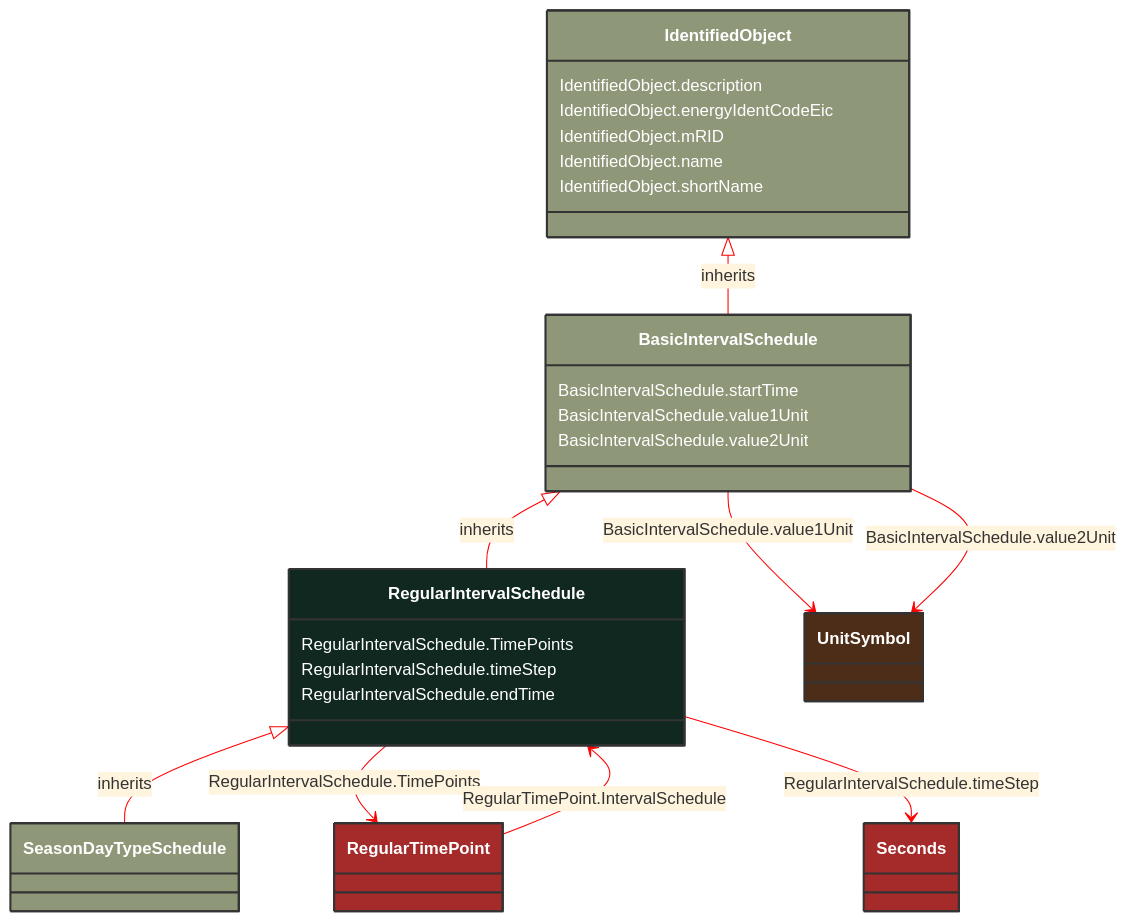
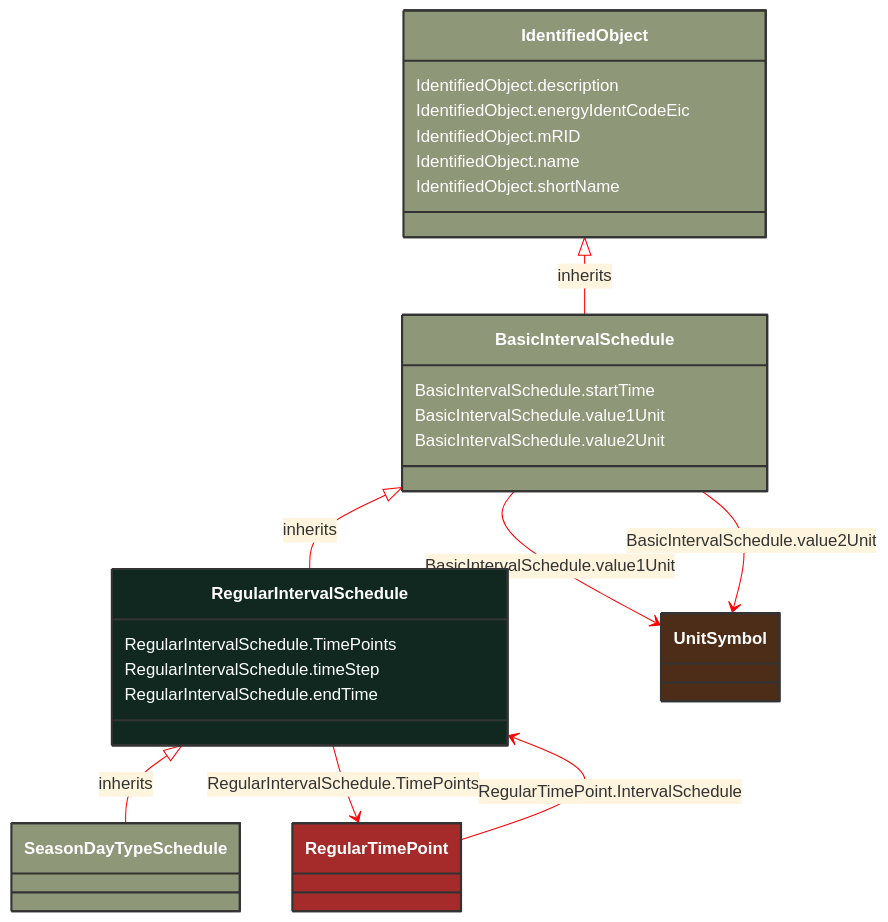
Before and after one commit to 3lbits/NoCIMExtensions: the diagram in docs/Models/Profiles/CoreEquipment/ConcreteClasses/RegularIntervalSchedule.md, drawn with Mermaid. The commit also changed 397 other files, not shown here.

First line of the commit message:
Refactor CIM schemas to introduce abstract classes and consolidate data types

````diff
--- a/docs/Models/Profiles/CoreEquipment/ConcreteClasses/RegularIntervalSchedule.md
+++ b/docs/Models/Profiles/CoreEquipment/ConcreteClasses/RegularIntervalSchedule.md
@@ -8,61 +8,56 @@
 ```mermaid
 %%{init: {'theme':'base','themeVariables': {'lineColor': '#FF0000'}}}%%
 classDiagram
     class RegularIntervalSchedule
     click RegularIntervalSchedule href "/Models/Profiles/CoreEquipment/ConcreteClasses/RegularIntervalSchedule/"
     style RegularIntervalSchedule fill:#102820,stroke:#333,stroke-width:2px,rx:10,ry:10,color:white
 
         RegularIntervalSchedule <|-- SeasonDayTypeSchedule : inherits
 
         SeasonDayTypeSchedule
-            click SeasonDayTypeSchedule href "/Models/Profiles/CoreEquipment/ConcreteClasses/SeasonDayTypeSchedule/"
+            click SeasonDayTypeSchedule href "/Models/Profiles/CoreEquipment/AbstractClasses/SeasonDayTypeSchedule/"
             style SeasonDayTypeSchedule fill:#8F9779,stroke:#333,stroke-width:2px,rx:10,ry:10,color:white
      
         BasicIntervalSchedule <|-- RegularIntervalSchedule : inherits
             click BasicIntervalSchedule href "/Models/Profiles/CoreEquipment/ConcreteClasses/BasicIntervalSchedule/"
             style BasicIntervalSchedule fill:#8F9779,stroke:#333,stroke-width:2px,rx:10,ry:10,color:white
      
         IdentifiedObject <|-- BasicIntervalSchedule : inherits
             click IdentifiedObject href "/Models/Profiles/CoreEquipment/ConcreteClasses/IdentifiedObject/"
             style IdentifiedObject fill:#8F9779,stroke:#333,stroke-width:2px,rx:10,ry:10,color:white
 
         RegularIntervalSchedule --> RegularTimePoint : RegularIntervalSchedule.TimePoints
 
         RegularTimePoint
             click RegularTimePoint href "/Models/Profiles/CoreEquipment/ConcreteClasses/RegularTimePoint/"
             style RegularTimePoint fill:#A52A2A,stroke:#333,stroke-width:2px,rx:10,ry:10,color:white
-        RegularIntervalSchedule --> Seconds : RegularIntervalSchedule.timeStep
-
-        Seconds
-            click Seconds href "/Models/Profiles/CoreEquipment/ConcreteClasses/Seconds/"
-            style Seconds fill:#A52A2A,stroke:#333,stroke-width:2px,rx:10,ry:10,color:white
 
         RegularTimePoint --> RegularIntervalSchedule : RegularTimePoint.IntervalSchedule
 
         RegularTimePoint
             click RegularTimePoint href "/Models/Profiles/CoreEquipment/ConcreteClasses/RegularTimePoint/"
             style RegularTimePoint fill:#A52A2A,stroke:#333,stroke-width:2px,rx:10,ry:10,color:white
 
         BasicIntervalSchedule --> UnitSymbol : BasicIntervalSchedule.value1Unit
 
         UnitSymbol
             click UnitSymbol href "/Models/Profiles/CoreEquipment/Enumerations/UnitSymbol/"
             style UnitSymbol fill:#4D2D18,stroke:#333,stroke-width:2px,rx:10,ry:10,color:white
         BasicIntervalSchedule --> UnitSymbol : BasicIntervalSchedule.value2Unit
 
         UnitSymbol
             click UnitSymbol href "/Models/Profiles/CoreEquipment/Enumerations/UnitSymbol/"
             style UnitSymbol fill:#4D2D18,stroke:#333,stroke-width:2px,rx:10,ry:10,color:white
 
         RegularIntervalSchedule : RegularIntervalSchedule.TimePoints
         RegularIntervalSchedule : RegularIntervalSchedule.timeStep
         RegularIntervalSchedule : RegularIntervalSchedule.endTime
         BasicIntervalSchedule : BasicIntervalSchedule.startTime
         BasicIntervalSchedule : BasicIntervalSchedule.value1Unit
         BasicIntervalSchedule : BasicIntervalSchedule.value2Unit
         IdentifiedObject : IdentifiedObject.description
         IdentifiedObject : IdentifiedObject.energyIdentCodeEic
         IdentifiedObject : IdentifiedObject.mRID
         IdentifiedObject : IdentifiedObject.name
         IdentifiedObject : IdentifiedObject.shortName
 ```
````
